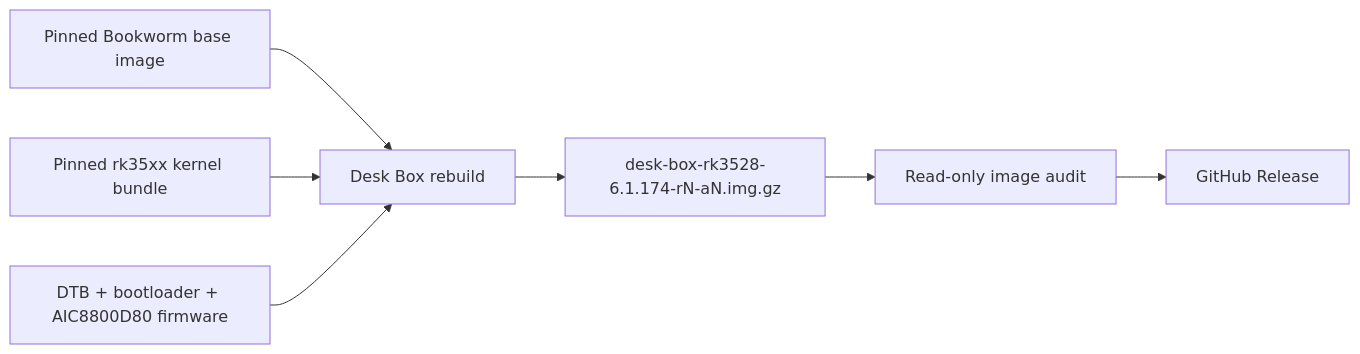
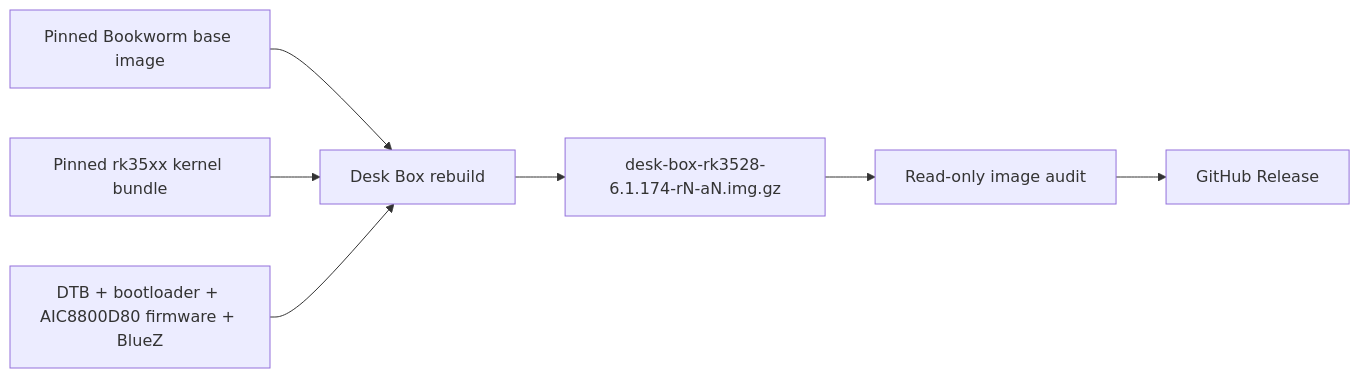
The diagram in README.md (hudrucan/xiaozhi-desk-box), drawn with Mermaid before and after one commit. The commit also changed other lines of this file and 14 other files, not shown here.

````diff
--- a/README.md
+++ b/README.md
@@ -99,9 +103,9 @@
 ```mermaid
 flowchart LR
     base["Pinned Bookworm base image"] --> rebuild["Desk Box rebuild"]
     kernel["Pinned rk35xx kernel bundle"] --> rebuild
-    payloads["DTB + bootloader + AIC8800D80 firmware"] --> rebuild
+    payloads["DTB + bootloader + AIC8800D80 firmware + BlueZ"] --> rebuild
     rebuild --> image["desk-box-rk3528-6.1.174-rN-aN.img.gz"]
     image --> audit["Read-only image audit"]
     audit --> release["GitHub Release"]
 ```
````
